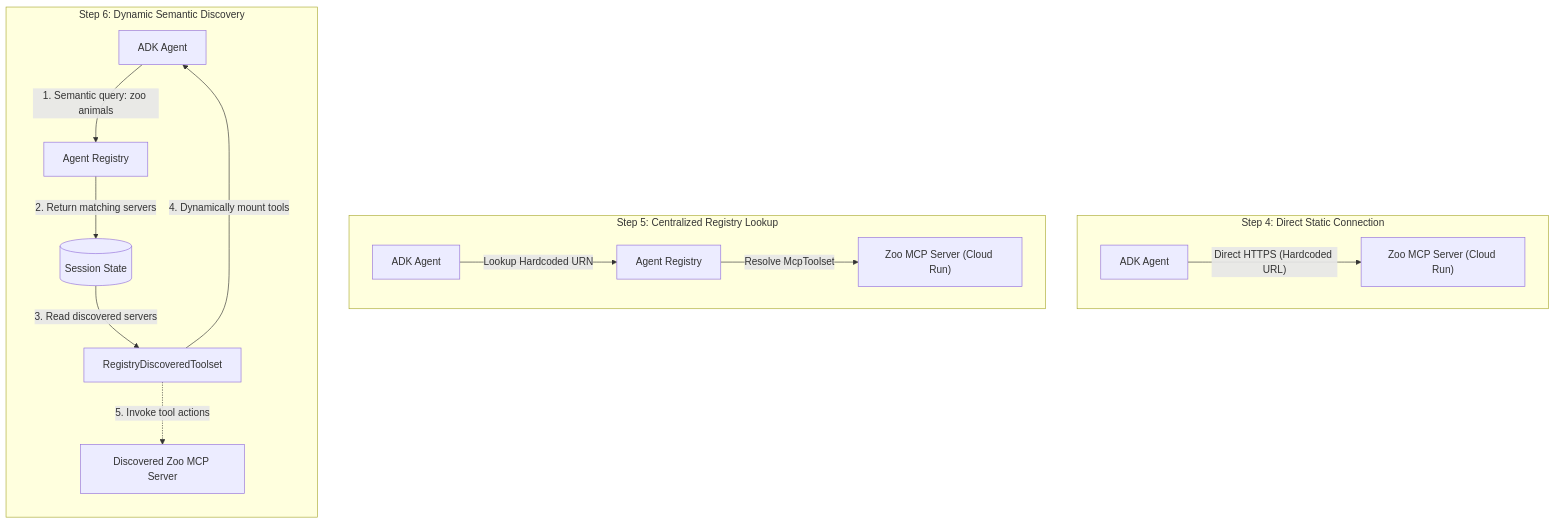
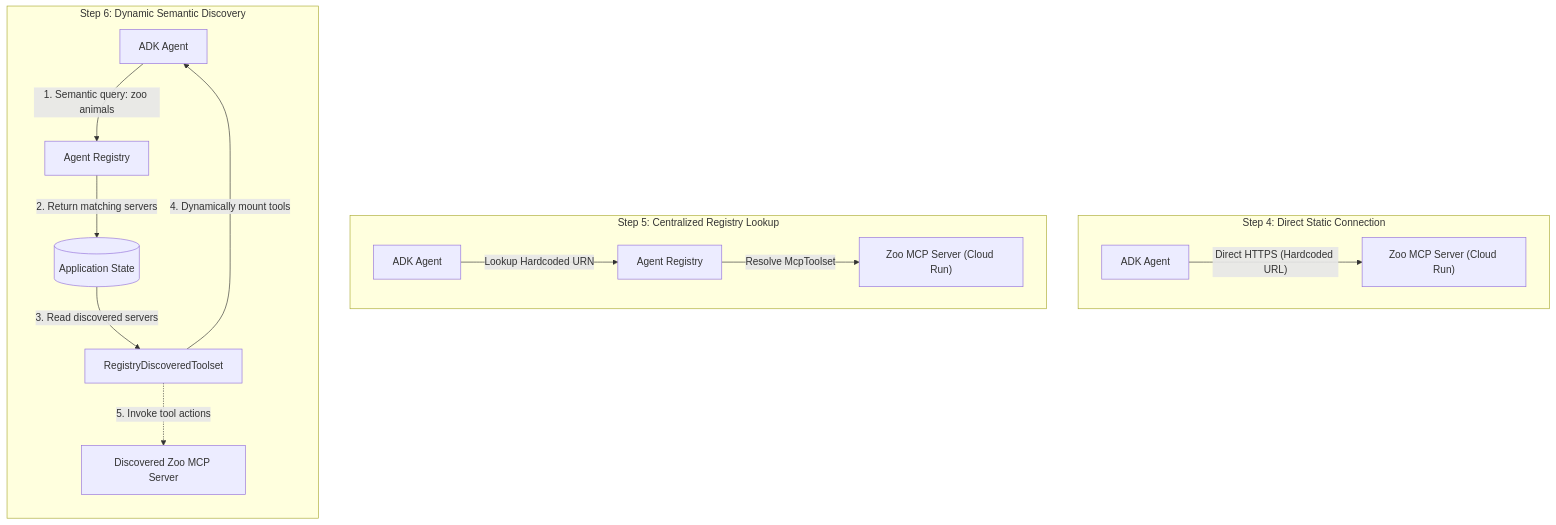
The diagram in codelabs/agent-registry-dynamic-discovery-with-adk/README.md (GoogleCloudPlatform/devrel-demos), drawn with Mermaid before and after one commit. The commit also changed other lines of this file and 3 other files, not shown here.

````diff
--- a/codelabs/agent-registry-dynamic-discovery-with-adk/README.md
+++ b/codelabs/agent-registry-dynamic-discovery-with-adk/README.md
@@ -27,22 +27,22 @@
 ```mermaid
 flowchart TD
     subgraph S4["Step 4: Direct Static Connection"]
         direction LR
         Agent4["ADK Agent"] -->|"Direct HTTPS (Hardcoded URL)"| Server4["Zoo MCP Server (Cloud Run)"]
     end
 
     subgraph S5["Step 5: Centralized Registry Lookup"]
         direction LR
         Agent5["ADK Agent"] -->|"Lookup Hardcoded URN"| Reg5["Agent Registry"]
         Reg5 -->|"Resolve McpToolset"| Server5["Zoo MCP Server (Cloud Run)"]
     end
 
     subgraph S6["Step 6: Dynamic Semantic Discovery"]
         direction TB
         Agent6["ADK Agent"] -->|"1. Semantic query: zoo animals"| Reg6["Agent Registry"]
-        Reg6 -->|"2. Return matching servers"| State6[("Session State")]
+        Reg6 -->|"2. Return matching servers"| State6[("Application State")]
         State6 -->|"3. Read discovered servers"| Toolset6["RegistryDiscoveredToolset"]
         Toolset6 -->|"4. Dynamically mount tools"| Agent6
         Toolset6 -.->|"5. Invoke tool actions"| Server6["Discovered Zoo MCP Server"]
     end
 ```
````
